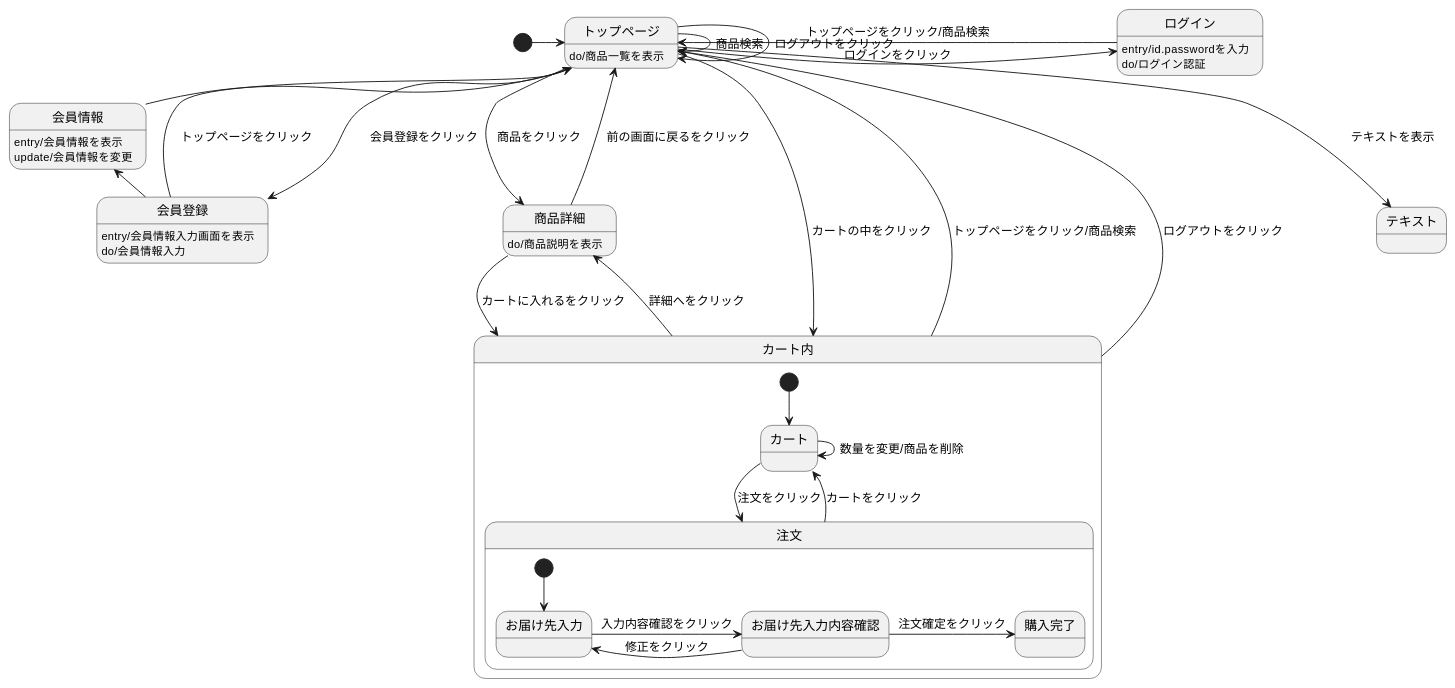
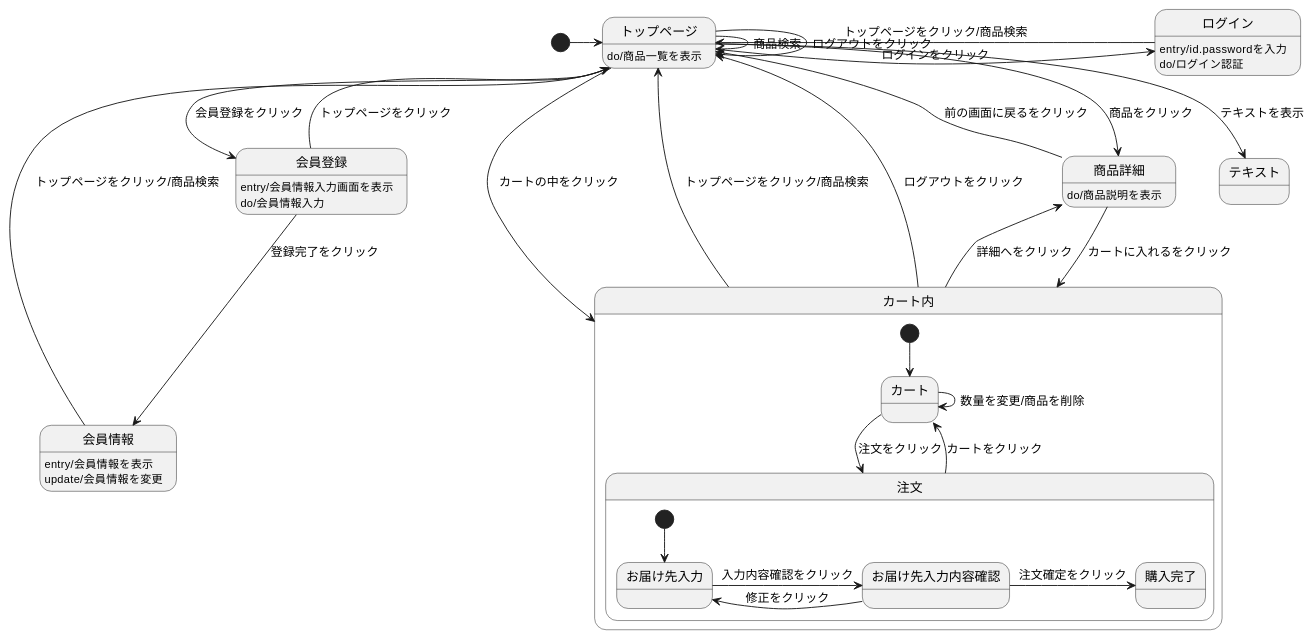
Before and after one commit to Aso2001007/System4: the diagram in 03_画面遷移図/画面遷移図.md, drawn with PlantUML.

````diff
--- a/03_画面遷移図/画面遷移図.md
+++ b/03_画面遷移図/画面遷移図.md
@@ -1,54 +1,54 @@
 ```uml
 
 @startuml
 [*] -> トップページ 
 
-会員登録 -left-> トップページ : トップページをクリック
-会員登録 -left-> 会員情報 :登録完了をクリック
+会員登録 --> トップページ : トップページをクリック
+会員登録 --> 会員情報 :登録完了をクリック
 会員登録 :entry/会員情報入力画面を表示
 会員登録 :do/会員情報入力
 
 会員情報 -left-> トップページ : トップページをクリック/商品検索 
 会員情報 : entry/会員情報を表示
 会員情報 : update/会員情報を変更
 
 ログイン -right-> トップページ : トップページをクリック/商品検索 
 ログイン : entry/id.passwordを入力 
 ログイン : do/ログイン認証 
 
 トップページ --> 会員登録 : 会員登録をクリック
 
 トップページ --> トップページ : ログアウトをクリック 
 トップページ -> トップページ : 商品検索 
 トップページ -> 商品詳細 : 商品をクリック 
 トップページ -right-> ログイン : ログインをクリック 
 トップページ --> カート内 : カートの中をクリック 
 トップページ --> テキスト : テキストを表示
 トップページ : do/商品一覧を表示 
 
 商品詳細 --> カート内 : カートに入れるをクリック 
 商品詳細 --> トップページ : 前の画面に戻るをクリック 
 商品詳細 : do/商品説明を表示
 
  
 
 カート内 -up-> トップページ : トップページをクリック/商品検索 
 カート内 -up-> トップページ : ログアウトをクリック 
 カート内 -> 商品詳細 : 詳細へをクリック 
 
 state カート内 { 
   [*] --> カート 
   カート -> 注文 : 注文をクリック 
   カート -> カート : 数量を変更/商品を削除 
   注文 --> カート : カートをクリック 
 
   state 注文 { 
     [*] --> お届け先入力 
     お届け先入力 -> お届け先入力内容確認 : 入力内容確認をクリック 
     お届け先入力内容確認 -> お届け先入力 : 修正をクリック 
     お届け先入力内容確認 -> 購入完了 : 注文確定をクリック 
   } 
 }
 @enduml
 
 ```
````
